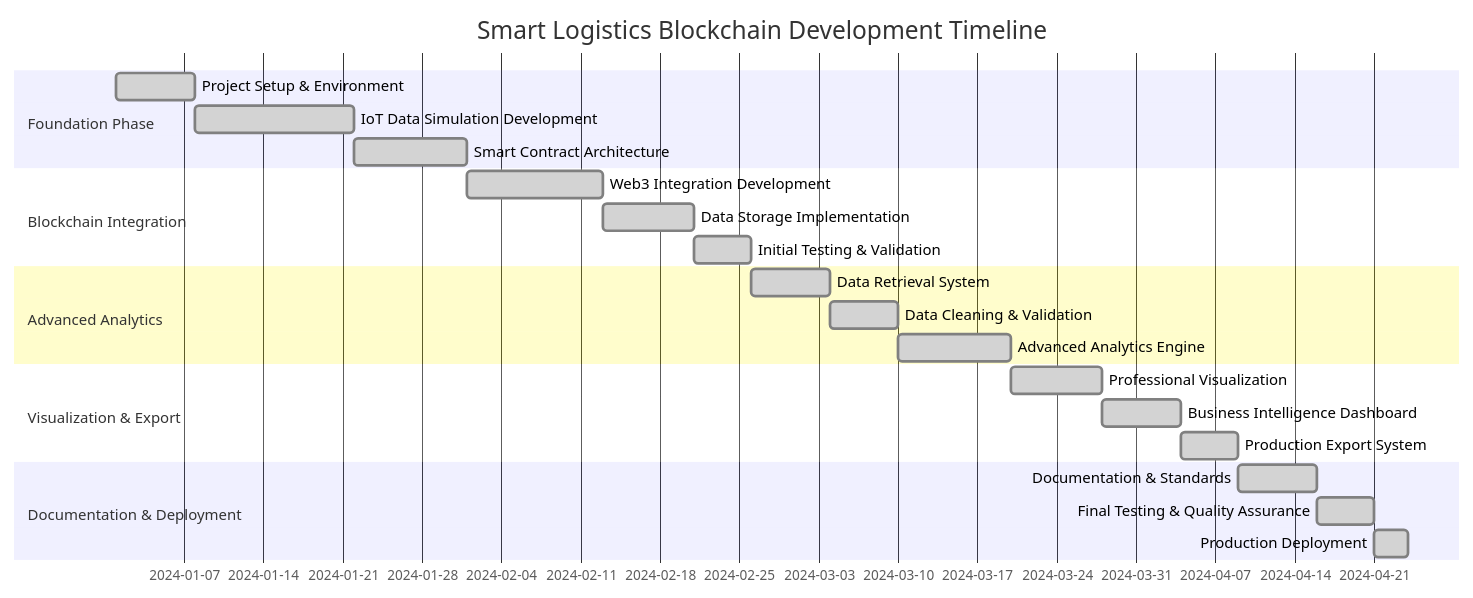
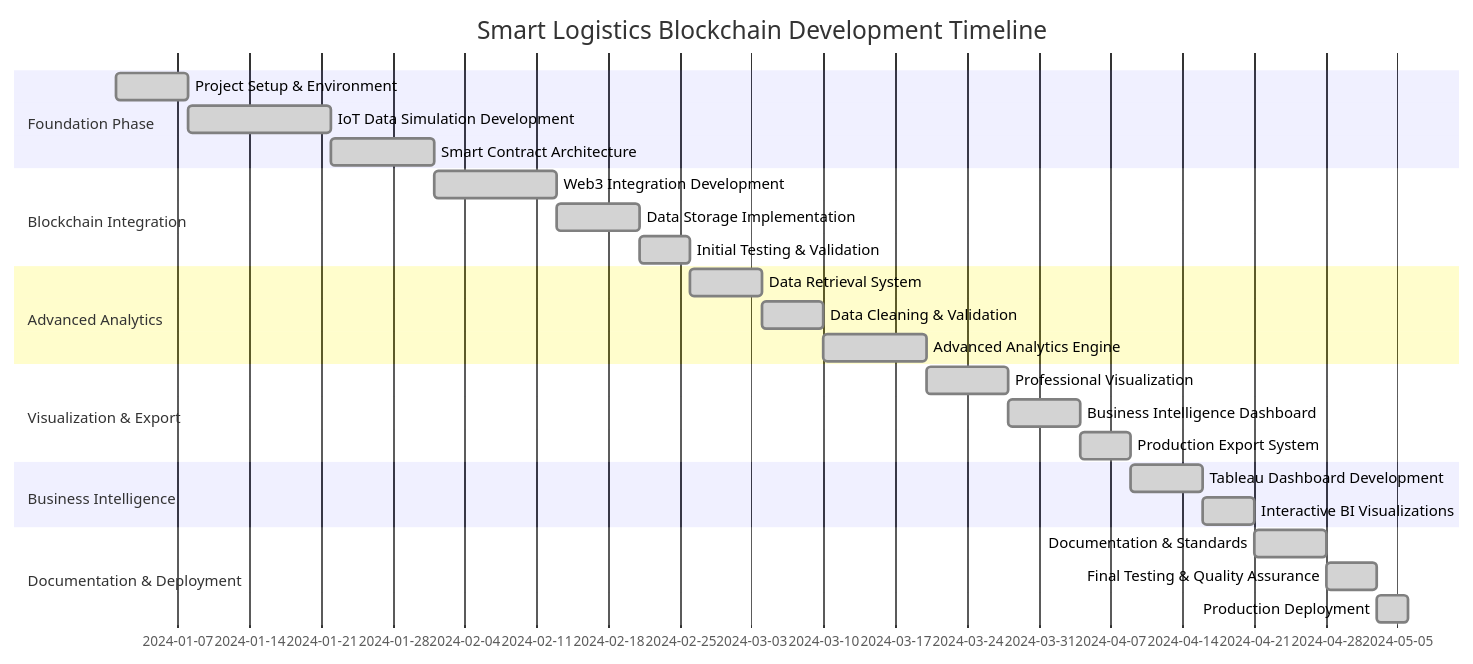
One commit to joembolinas/IoT-Data-Simulation changed the first of 10 diagrams in README.mdx. Above: the diagram before and after it, drawn with Mermaid. The commit also changed other lines of this file, not shown here.

Commit message:
Update README with Week 9 Tableau Dashboard section

````diff
--- a/README.mdx
+++ b/README.mdx
@@ -19,29 +19,33 @@
 ```mermaid
 gantt
     title Smart Logistics Blockchain Development Timeline
     dateFormat YYYY-MM-DD
     section Foundation Phase
     Project Setup & Environment        :done, setup, 2024-01-01, 7d
     IoT Data Simulation Development    :done, iot, after setup, 14d
     Smart Contract Architecture        :done, contract, after iot, 10d
     
     section Blockchain Integration
     Web3 Integration Development       :done, web3, after contract, 12d
     Data Storage Implementation        :done, storage, after web3, 8d
     Initial Testing & Validation       :done, test1, after storage, 5d
     
     section Advanced Analytics
     Data Retrieval System             :done, retrieval, after test1, 7d
     Data Cleaning & Validation        :done, cleaning, after retrieval, 6d
     Advanced Analytics Engine          :done, analytics, after cleaning, 10d
     
     section Visualization & Export
     Professional Visualization        :done, viz, after analytics, 8d
     Business Intelligence Dashboard    :done, dashboard, after viz, 7d
     Production Export System           :done, export, after dashboard, 5d
     
+    section Business Intelligence
+    Tableau Dashboard Development     :done, tableau, after export, 7d
+    Interactive BI Visualizations     :done, bi_viz, after tableau, 5d
+    
     section Documentation & Deployment
-    Documentation & Standards         :done, docs, after export, 7d
+    Documentation & Standards         :done, docs, after bi_viz, 7d
     Final Testing & Quality Assurance :done, qa, after docs, 5d
     Production Deployment              :done, deploy, after qa, 3d
 ```
````
